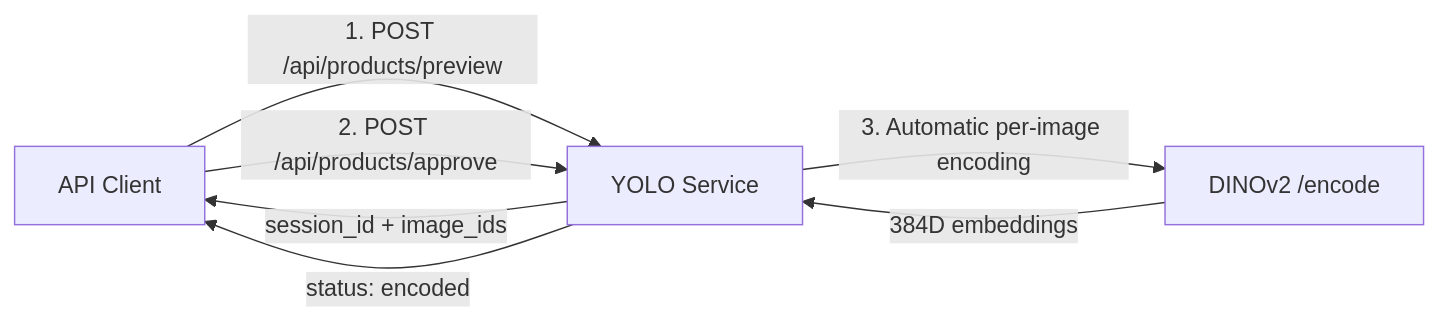
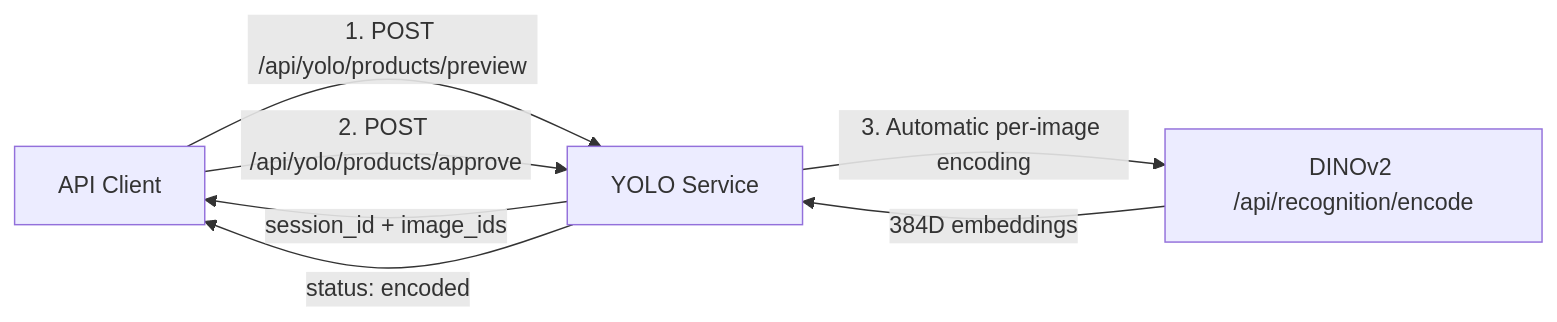
One commit to sunnydineva/product-recognition changed the second of 2 diagrams in ai-service/yolo-service/enrollment/README.md. Above: the diagram before and after it, drawn with Mermaid. The commit also changed other lines of this file and 22 other files, not shown here.

````diff
--- a/ai-service/yolo-service/enrollment/README.md
+++ b/ai-service/yolo-service/enrollment/README.md
@@ -22,9 +22,9 @@
 ```mermaid
 flowchart LR
-    A["API Client"] -->|" 1. POST /api/products/preview "| B["YOLO Service"]
+    A["API Client"] -->|" 1. POST /api/yolo/products/preview "| B["YOLO Service"]
     B -->|" session_id + image_ids "| A
-    A -->|" 2. POST /api/products/approve "| B
-    B -->|" 3. Automatic per-image encoding "| C["DINOv2 /encode"]
+    A -->|" 2. POST /api/yolo/products/approve "| B
+    B -->|" 3. Automatic per-image encoding "| C["DINOv2 /api/recognition/encode"]
     C -->|" 384D embeddings "| B
     B -->|" status: encoded "| A
 ```
````
